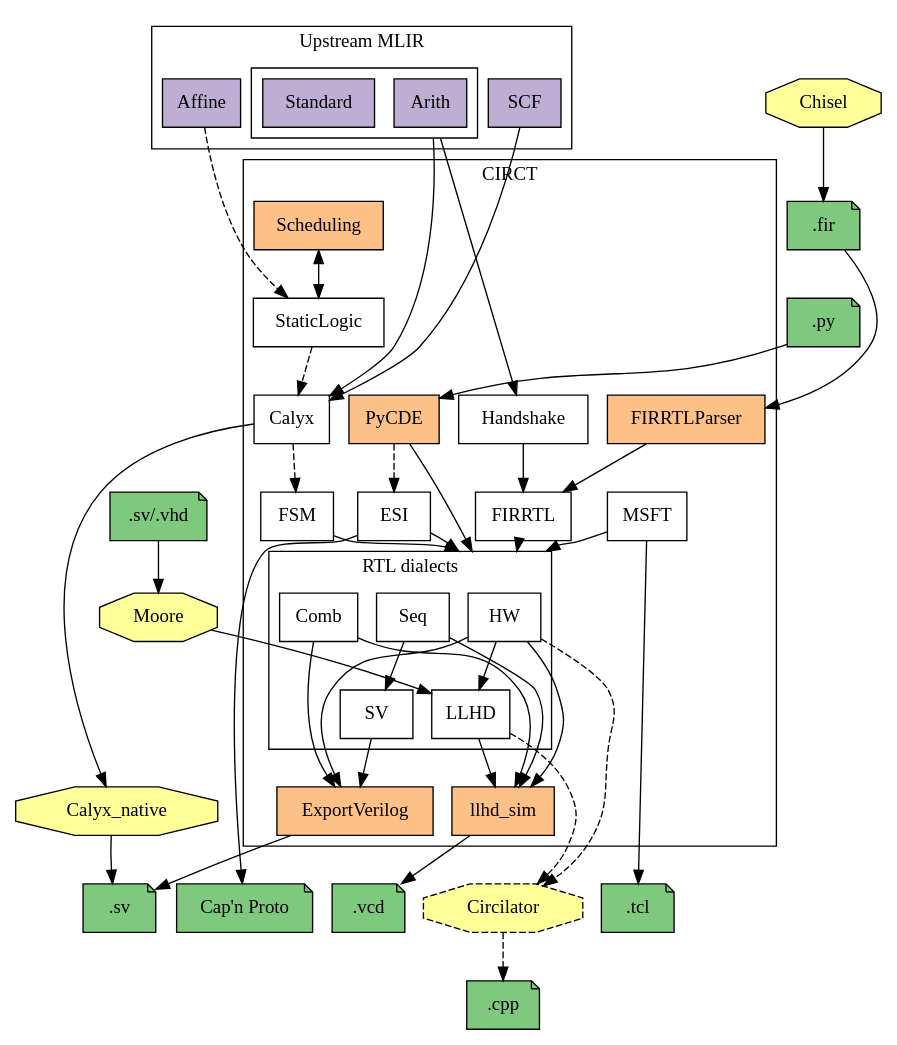
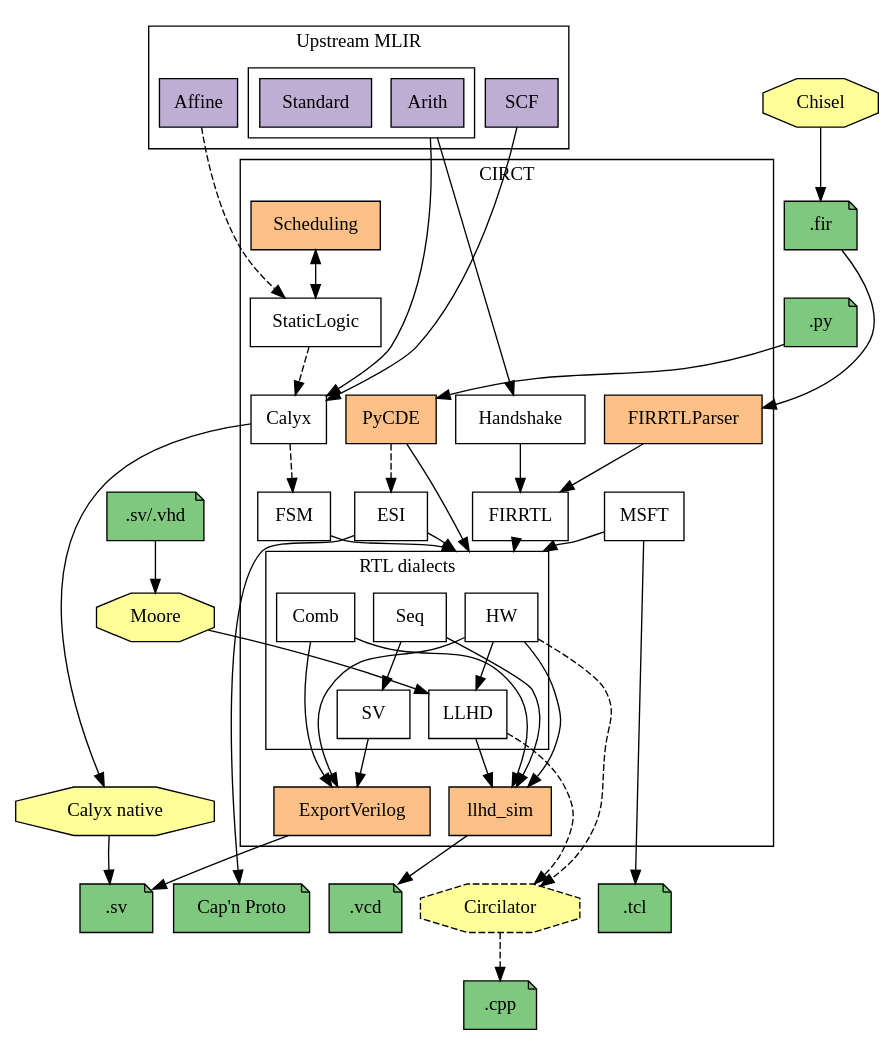
The diagram in docs/dialects.dot (llvm/circt), drawn with Graphviz before and after one commit.

Commit message:
Calyx native label

```diff
--- a/docs/dialects.dot
+++ b/docs/dialects.dot
@@ -1,117 +1,118 @@
 digraph G {
   // Note: Remember to run the circt/utils/update-docs-dialects.sh script after
   // modifying this file to regenerate the .svg and .png renders of the graph.
   rankdir = TB
   splines=spline
   node [shape=box style=filled fillcolor="white"]
   nodesep=0.2 // horizontal compression
   ranksep=0.5 // vertical compression
   compound=true
 
   // MLIR dialects
   subgraph cluster_mlir {
     label = "Upstream MLIR";
     node [fillcolor="#beaed4"]
     SCF Affine
     subgraph cluster_std_arith_dialect {
       label = ""
       Standard Arith
     }
   }
 
   subgraph cluster_circt {
     label = "CIRCT"
     // CIRCT dialects
     subgraph cluster_HLS {
       label = "HLS Dialects"
     }
     Handshake [URL="https://circt.llvm.org/docs/Dialects/Handshake/"]
     Calyx [URL="https://circt.llvm.org/docs/Dialects/Calyx/"]
     FIRRTL [URL="https://circt.llvm.org/docs/Dialects/FIRRTL/"]
     StaticLogic [URL="https://circt.llvm.org/docs/Dialects/StaticLogic/"]
     MSFT [URL="https://circt.llvm.org/docs/Dialects/MSFT/"]
     ESI [URL="https://circt.llvm.org/docs/Dialects/ESI/"]
     FSM [URL="https://circt.llvm.org/docs/Dialects/FSM/"]
 
     subgraph cluster_RTL {
       label = "RTL dialects"
       Seq [URL="https://circt.llvm.org/docs/Dialects/Seq/"]
       HW [URL="https://circt.llvm.org/docs/Dialects/HW/"]
       SV [URL="https://circt.llvm.org/docs/Dialects/SV/"]
       Comb [URL="https://circt.llvm.org/docs/Dialects/Comb/"]
       LLHD [URL="https://circt.llvm.org/docs/Dialects/LLHD/"]
     }
 
     // Internal tools
     subgraph internal_tools{
       node [fillcolor="#fdc086"]
       ExportVerilog FIRRTLParser Scheduling llhd_sim PyCDE
     }
   }
 
   // External tools
   subgraph external_tools {
     node [shape=octagon fillcolor="#ffff99"]
-    Moore Calyx_native Chisel
+    Moore Chisel
+    Calyx_native [label="Calyx native"]
     Circilator [style="dashed,filled"]
   }
 
   // File formats
   subgraph file_formats {
     node [fillcolor="#7fc97f" shape="note"]
     VCDTrace [label=".vcd"]
     CPPFile [label=".cpp"]
     SVFile [label=".sv"]
     CapNProto [label="Cap'n Proto"]
     TCL [label=".tcl"]
     FIRFile [label=".fir"]
     SVVHDL [label=".sv/.vhd"]
     PyFile [label=".py"]
   }
 
   // ===== Connections =====
   // Dialect conversions
   SCF -> Calyx
   Affine -> StaticLogic [style=dashed]
   StaticLogic -> Calyx [style=dashed]
   Arith -> {Handshake Calyx} [ltail=cluster_std_arith_dialect]
 
   Handshake -> FIRRTL
   Calyx -> FSM [style=dashed]
 
   // Things that lower into a subset of the RTL-like dialects. Cluster these
   // together to avoid a massive clutter.
   {FIRRTL FSM ESI MSFT PyCDE} -> HW [lhead=cluster_RTL]
   Seq -> SV
   HW -> LLHD
   Comb -> ExportVerilog
 
   // Tool flows
   Scheduling -> StaticLogic [dir=both]
   Chisel -> FIRFile
   FIRFile -> FIRRTLParser
   FIRRTLParser -> FIRRTL
   {HW SV} -> ExportVerilog
   SVVHDL -> Moore [weight=999]
   Moore -> LLHD
   {LLHD HW} -> Circilator [style=dashed]
   Calyx -> Calyx_native
   {Calyx_native ExportVerilog} -> SVFile
   Circilator -> CPPFile [style=dashed]
   {LLHD Comb HW Seq} -> llhd_sim
   llhd_sim -> VCDTrace
   ESI -> CapNProto
   MSFT -> TCL
   PyFile -> PyCDE
   PyCDE -> ESI [style=dashed]
 
   // ====== Some fake edges to coerce a good layout ======
   // Note: Modify these if you make changes to the above diagram, and things
   // start looking weird.
   Standard -> Scheduling [weight=999 style=invis]
   FIRFile -> PyFile [weight=999 style=invis]
 
   // Fix the following sink nodes below the CIRCT cluster
   llhd_sim -> {SVFile Circilator TCL CapNProto} [weight=999 style=invis]
   Calyx_native -> SVFile [weight=999 style=invis]
 }
```
